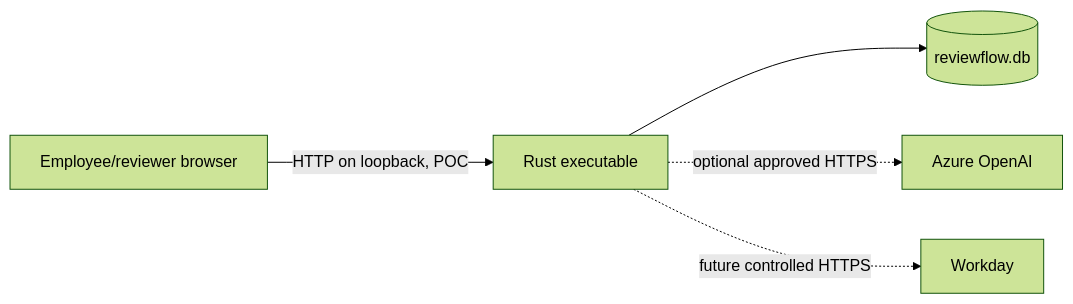
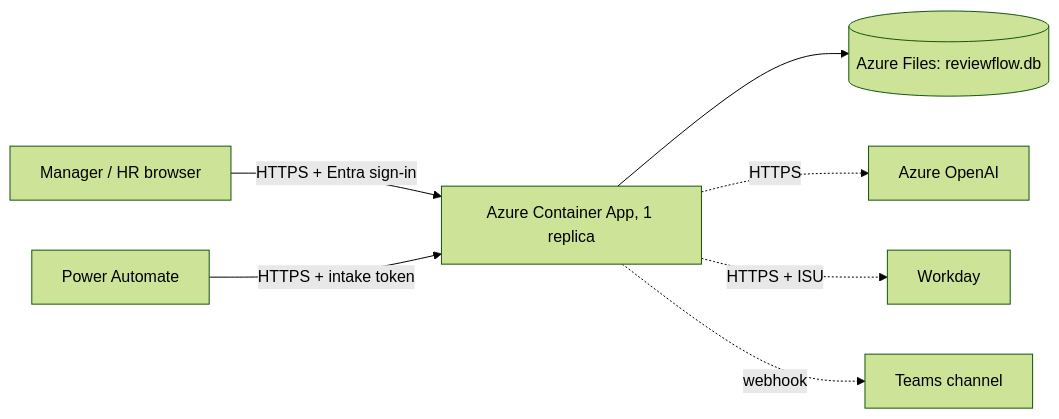
The fifth of 5 diagrams in docs/ARCHITECTURE.md (vas1916/reviewflow-rust-poc), drawn with Mermaid (forest theme) before and after one commit. The commit also changed other lines of this file and 39 other files, not shown here.

First line of the commit message:
Add Teams intake, review agent, Entra sign-in and Workday SOAP adapter

````diff
--- a/docs/ARCHITECTURE.md
+++ b/docs/ARCHITECTURE.md
@@ -268,7 +305,9 @@
 ```mermaid
 flowchart LR
-  Browser[Employee/reviewer browser] -->|HTTP on loopback, POC| App[Rust executable]
-  App --> Disk[(reviewflow.db)]
-  App -. optional approved HTTPS .-> Azure[Azure OpenAI]
-  App -. future controlled HTTPS .-> Workday[Workday]
+  Browser[Manager / HR browser] -->|HTTPS + Entra sign-in| ACA[Azure Container App, 1 replica]
+  PA[Power Automate] -->|HTTPS + intake token| ACA
+  ACA --> Files[(Azure Files: reviewflow.db)]
+  ACA -. HTTPS .-> Azure[Azure OpenAI]
+  ACA -. HTTPS + ISU .-> Workday[Workday]
+  ACA -. webhook .-> Teams[Teams channel]
 ```
````
